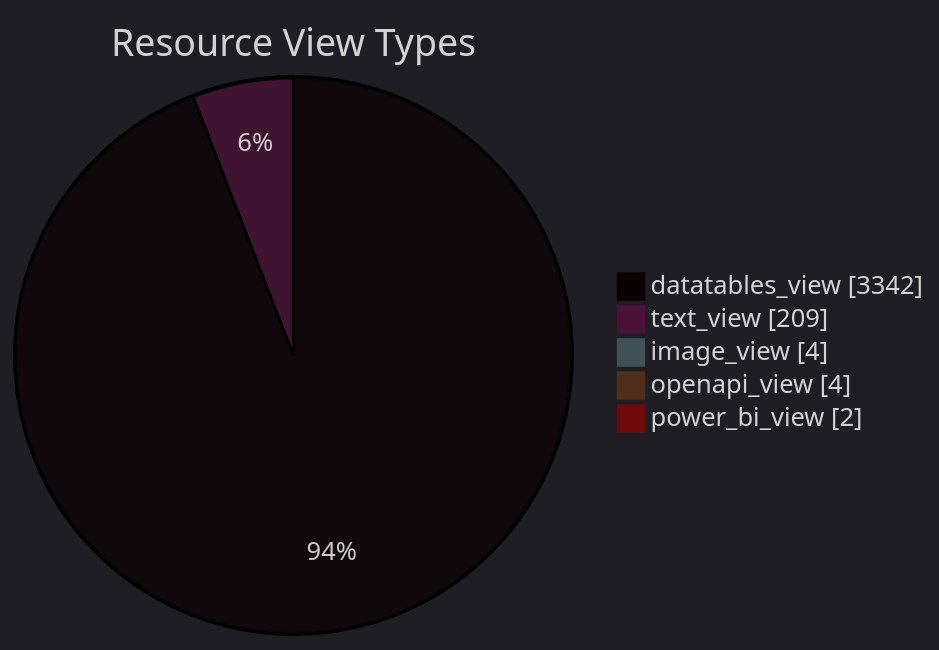
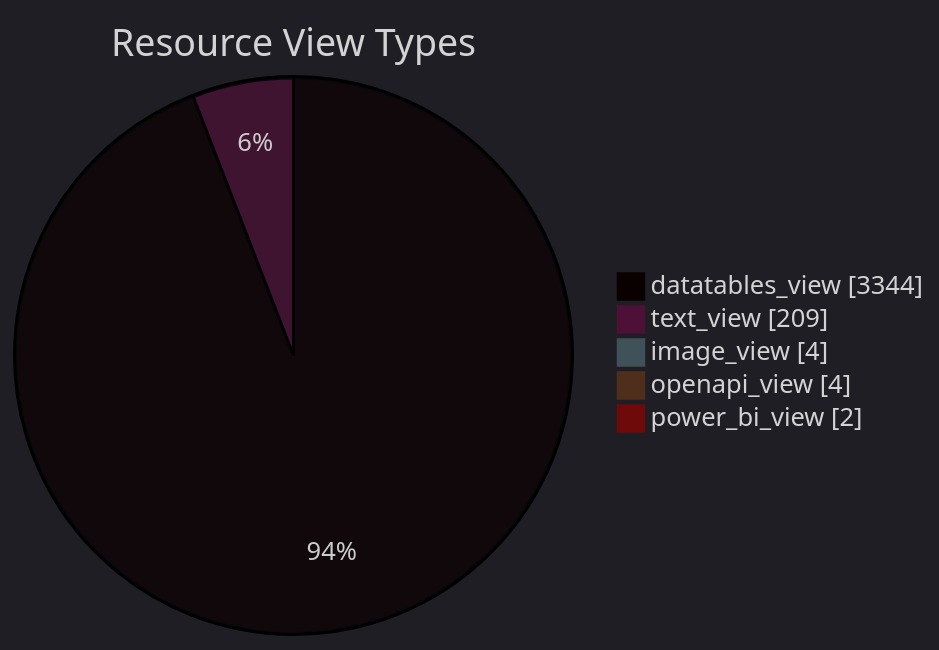
The diagram in datastore_tracker/resource_view_types_pie_chart.md (open-data/analytics-corporate-reporting), drawn with Mermaid before and after one commit. The commit also changed 8 other files, not shown here.

````diff
--- a/datastore_tracker/resource_view_types_pie_chart.md
+++ b/datastore_tracker/resource_view_types_pie_chart.md
@@ -2,12 +2,12 @@
 ```mermaid
 ---
 config:
   theme: dark
 ---
 pie showData title Resource View Types
-    "datatables_view": 3342
+    "datatables_view": 3344
     "text_view": 209
     "image_view": 4
     "openapi_view": 4
     "power_bi_view": 2
 ```
````
